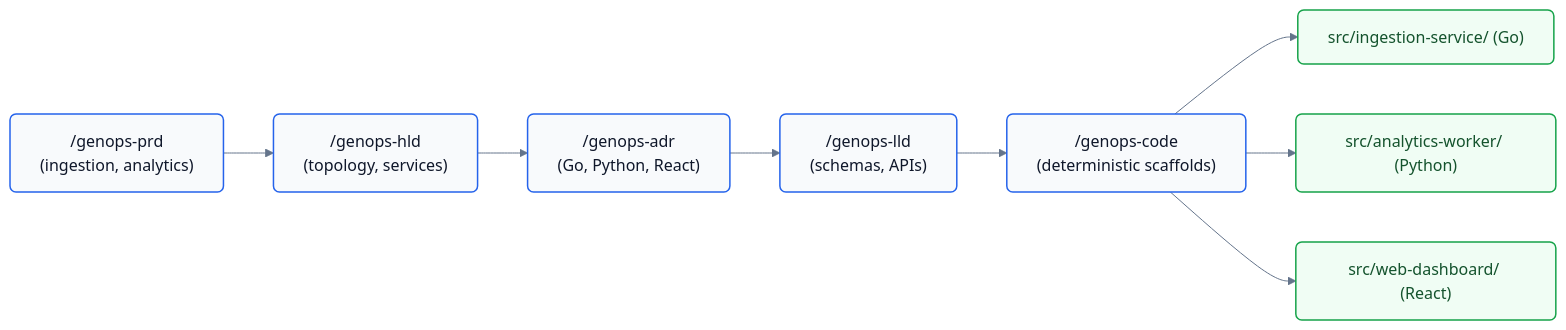
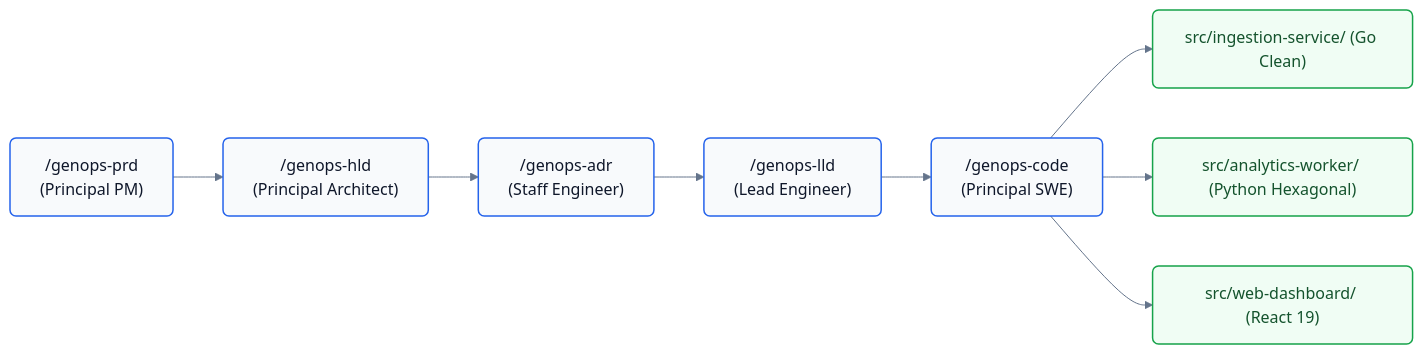
The third of 8 diagrams in docs/guides/USE_CASES_AND_WORKFLOWS.md (seismael/GenOps), drawn with Mermaid before and after one commit. The commit also changed other lines of this file and 46 other files, not shown here.

Commit message:
feat: implement GenOps scaffolding system with multi-language templates, agentic skill definitions, and architectural workflow documentation

````diff
--- a/docs/guides/USE_CASES_AND_WORKFLOWS.md
+++ b/docs/guides/USE_CASES_AND_WORKFLOWS.md
@@ -72,17 +72,17 @@
 ```mermaid
 %%{init: {'theme': 'base', 'themeVariables': { 'fontFamily': 'Inter, system-ui, sans-serif', 'lineColor': '#64748b', 'primaryTextColor': '#0f172a' }}}%%
 flowchart LR
-    P["/genops-prd<br/>(ingestion, analytics)"] --> H["/genops-hld<br/>(topology, services)"]
-    H --> A["/genops-adr<br/>(Go, Python, React)"]
-    A --> L["/genops-lld<br/>(schemas, APIs)"]
-    L --> C["/genops-code<br/>(deterministic scaffolds)"]
+    P["/genops-prd<br/>(Principal PM)"] --> H["/genops-hld<br/>(Principal Architect)"]
+    H --> A["/genops-adr<br/>(Staff Engineer)"]
+    A --> L["/genops-lld<br/>(Lead Engineer)"]
+    L --> C["/genops-code<br/>(Principal SWE)"]
     
-    C --> S1["src/ingestion-service/ (Go)"]
-    C --> S2["src/analytics-worker/ (Python)"]
-    C --> S3["src/web-dashboard/ (React)"]
+    C --> S1["src/ingestion-service/ (Go Clean)"]
+    C --> S2["src/analytics-worker/ (Python Hexagonal)"]
+    C --> S3["src/web-dashboard/ (React 19)"]
 
     classDef stageBox fill:#f8fafc,stroke:#2563eb,stroke-width:1.5px,color:#0f172a,rx:6px,ry:6px;
     classDef codeBox fill:#f0fdf4,stroke:#16a34a,stroke-width:1.5px,color:#14532d,rx:6px,ry:6px;
     class P,H,A,L,C stageBox;
     class S1,S2,S3 codeBox;
 ```
````
